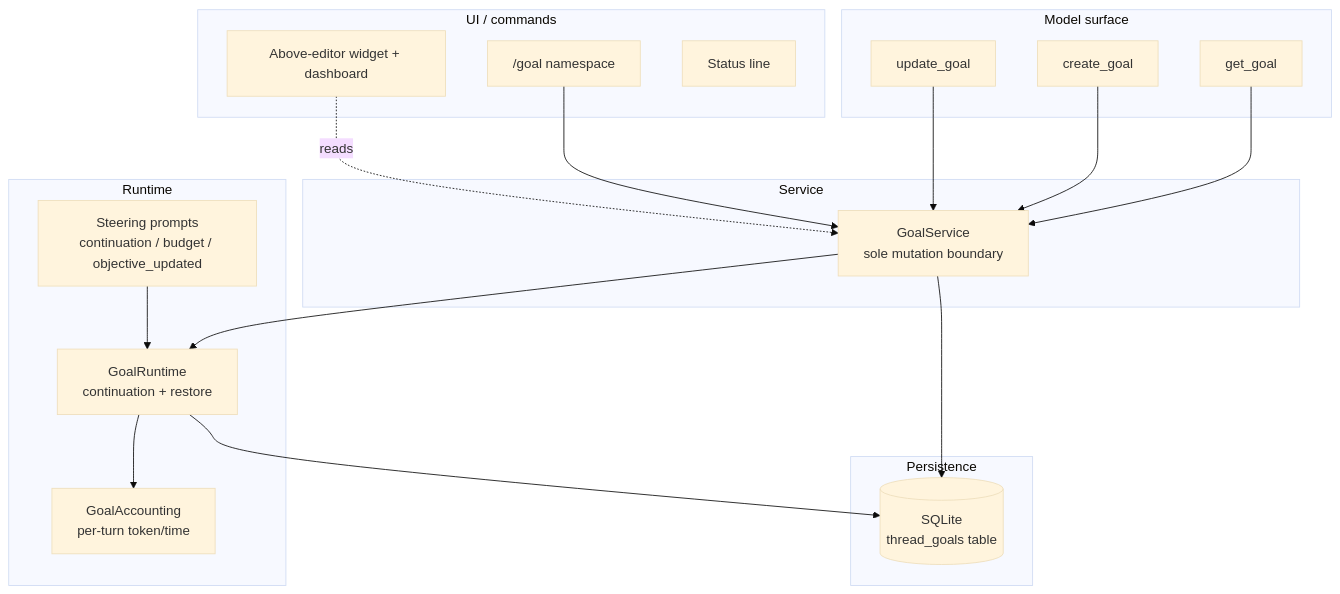
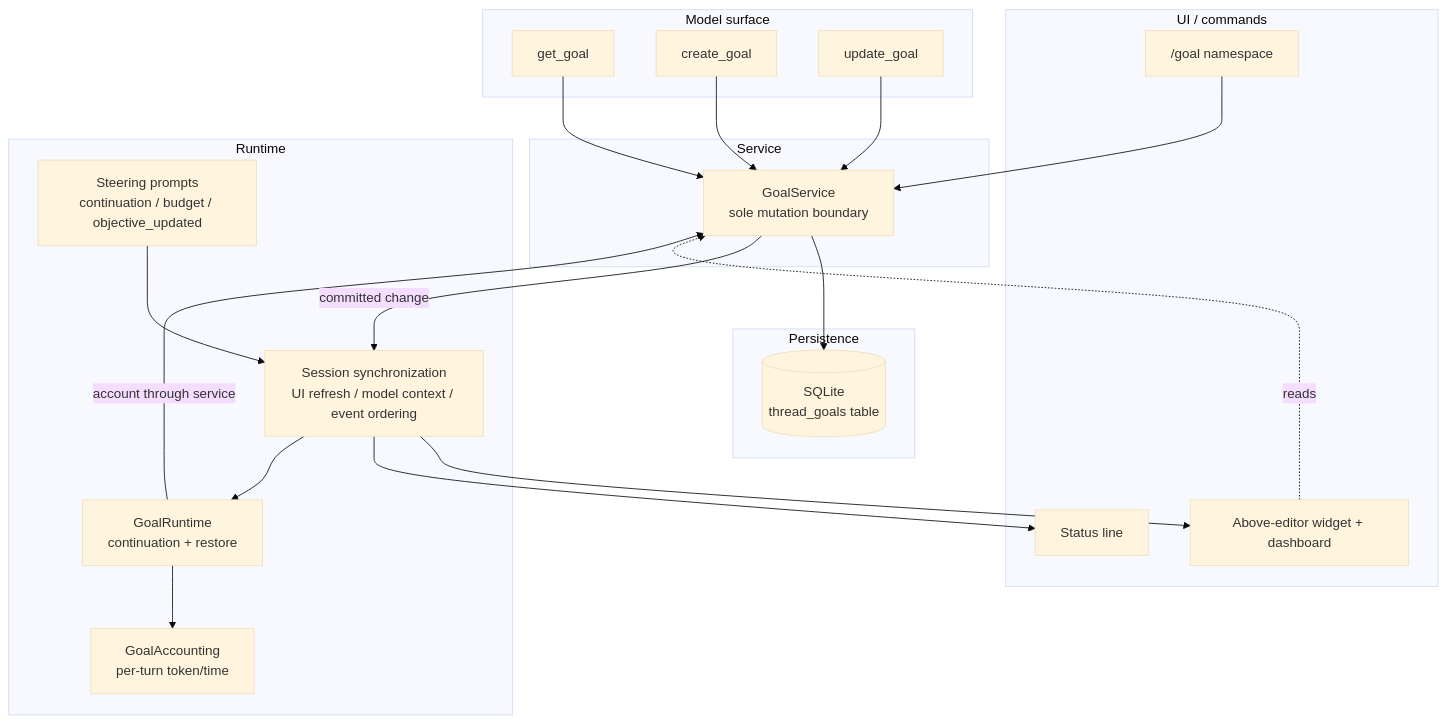
The first of 6 diagrams in docs/arch/architecture.md (WeZZard/pi-secretary), drawn with Mermaid (base theme) before and after one commit. The commit also changed other lines of this file and 32 other files, not shown here.

````diff
--- a/docs/arch/architecture.md
+++ b/docs/arch/architecture.md
@@ -36,35 +40,39 @@
 ```mermaid
 flowchart TD
     subgraph Model surface
         T_GET[get_goal]
         T_CREATE[create_goal]
         T_UPDATE[update_goal]
     end
     subgraph UI / commands
         CMD["/goal namespace"]
         WIDGET["Above-editor widget + dashboard"]
         STATUS["Status line"]
     end
     subgraph Service
         SVC[GoalService<br/>sole mutation boundary]
     end
     subgraph Runtime
         RT[GoalRuntime<br/>continuation + restore]
         ACC[GoalAccounting<br/>per-turn token/time]
         STEER[Steering prompts<br/>continuation / budget / objective_updated]
+        SYNC[Session synchronization<br/>UI refresh / model context / event ordering]
     end
     subgraph Persistence
         DB[(SQLite<br/>thread_goals table)]
     end
 
     T_GET --> SVC
     T_CREATE --> SVC
     T_UPDATE --> SVC
     CMD --> SVC
     WIDGET -. reads .-> SVC
     SVC --> DB
-    SVC --> RT
+    SVC -- committed change --> SYNC
+    SYNC --> WIDGET
+    SYNC --> STATUS
+    SYNC --> RT
     RT --> ACC
-    RT --> DB
-    STEER --> RT
+    RT -- account through service --> SVC
+    STEER --> SYNC
 ```
````
